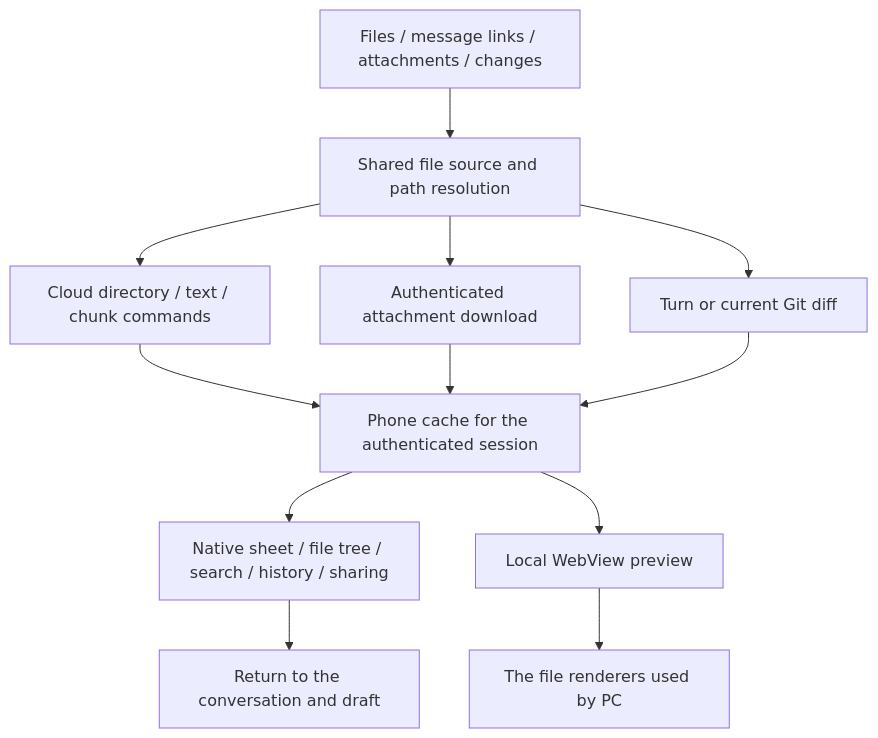
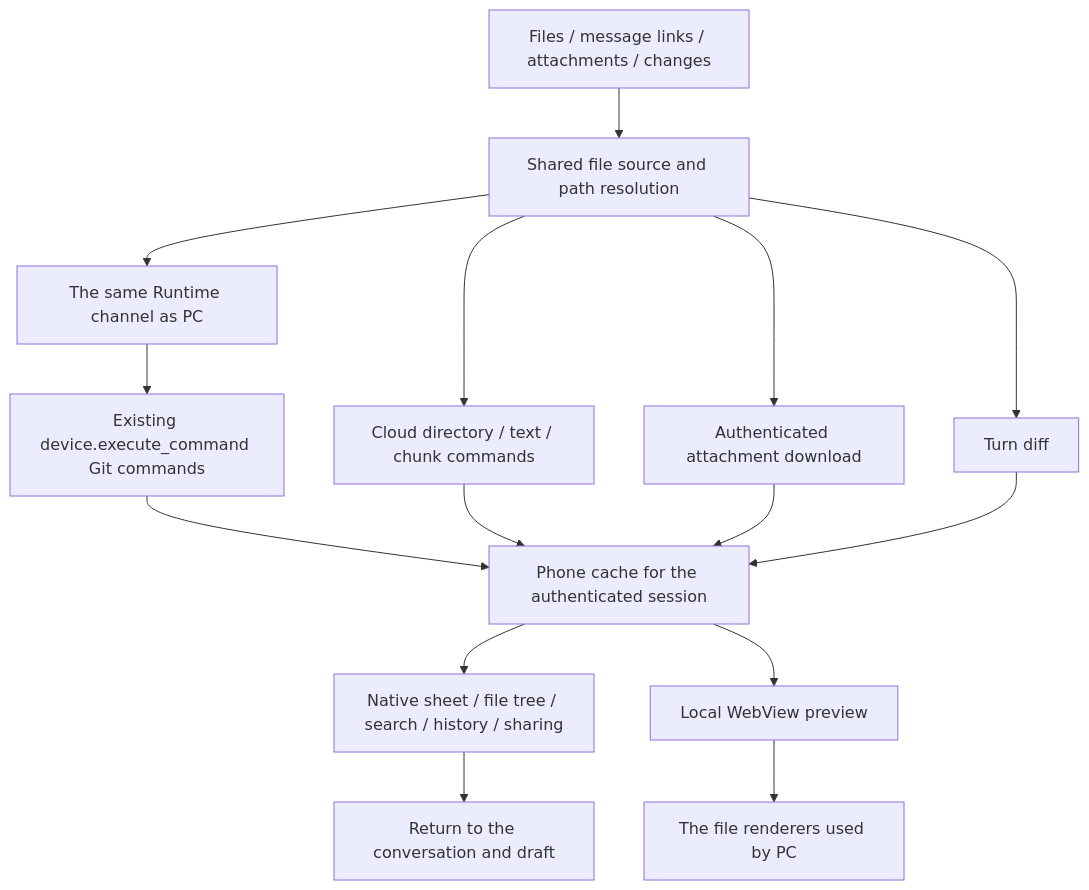
One commit to wecode-ai/Wegent changed the diagram in docs/en/wework/mobile-file-preview.md. Above: the diagram before and after it, drawn with Mermaid. The commit also changed other lines of this file and 41 other files, not shown here.

````diff
--- a/docs/en/wework/mobile-file-preview.md
+++ b/docs/en/wework/mobile-file-preview.md
@@ -83,14 +87,17 @@
 ```mermaid
 flowchart TD
   E[Files / message links / attachments / changes] --> T[Shared file source and path resolution]
   T --> W[Cloud directory / text / chunk commands]
   T --> A[Authenticated attachment download]
-  T --> D[Turn or current Git diff]
+  T --> D[Turn diff]
+  T --> G[The same Runtime channel as PC]
+  G --> GD[Existing device.execute_command Git commands]
+  GD --> C
   W --> C[Phone cache for the authenticated session]
   A --> C
   D --> C
   C --> N[Native sheet / file tree / search / history / sharing]
   C --> V[Local WebView preview]
   V --> P[The file renderers used by PC]
   N --> R[Return to the conversation and draft]
 ```
````
